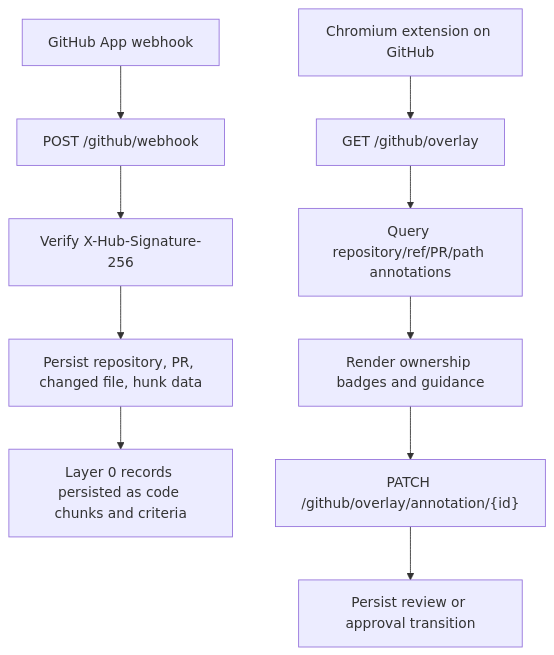
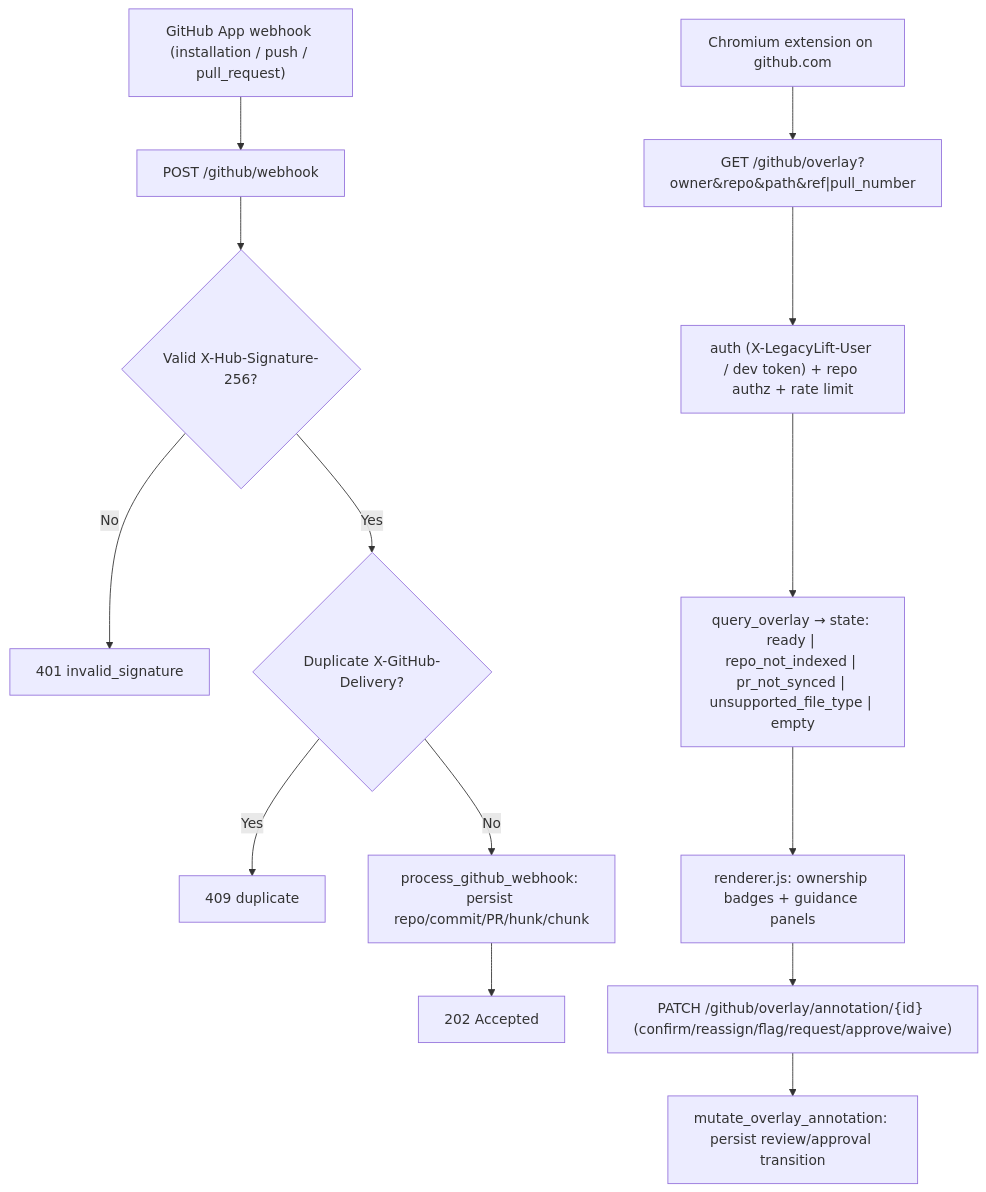
Before and after one commit to Sahil0591/LegacyLift: the second of 2 diagrams in legacylift/PIPELINE_DOCUMENTATION.md, drawn with Mermaid. The commit also changed other lines of this file and 1 other file, not shown here.

````diff
--- a/legacylift/PIPELINE_DOCUMENTATION.md
+++ b/legacylift/PIPELINE_DOCUMENTATION.md
@@ -51,12 +69,16 @@
 ```mermaid
 flowchart TD
-    A["GitHub App webhook"] --> B["POST /github/webhook"]
-    B --> C["Verify X-Hub-Signature-256"]
-    C --> D["Persist repository, PR, changed file, hunk data"]
-    D --> E["Layer 0 records persisted as code chunks and criteria"]
-    F["Chromium extension on GitHub"] --> G["GET /github/overlay"]
-    G --> H["Query repository/ref/PR/path annotations"]
-    H --> I["Render ownership badges and guidance"]
-    I --> J["PATCH /github/overlay/annotation/{id}"]
-    J --> K["Persist review or approval transition"]
+    A["GitHub App webhook (installation / push / pull_request)"] --> B["POST /github/webhook"]
+    B --> C{Valid X-Hub-Signature-256?}
+    C -->|No| D["401 invalid_signature"]
+    C -->|Yes| E{Duplicate X-GitHub-Delivery?}
+    E -->|Yes| F["409 duplicate"]
+    E -->|No| G["process_github_webhook: persist repo/commit/PR/hunk/chunk"]
+    G --> H["202 Accepted"]
+    I["Chromium extension on github.com"] --> J["GET /github/overlay?owner&repo&path&ref|pull_number"]
+    J --> K["auth (X-LegacyLift-User / dev token) + repo authz + rate limit"]
+    K --> L["query_overlay → state: ready | repo_not_indexed | pr_not_synced | unsupported_file_type | empty"]
+    L --> M["renderer.js: ownership badges + guidance panels"]
+    M --> N["PATCH /github/overlay/annotation/{id} (confirm/reassign/flag/request/approve/waive)"]
+    N --> O["mutate_overlay_annotation: persist review/approval transition"]
 ```
````
